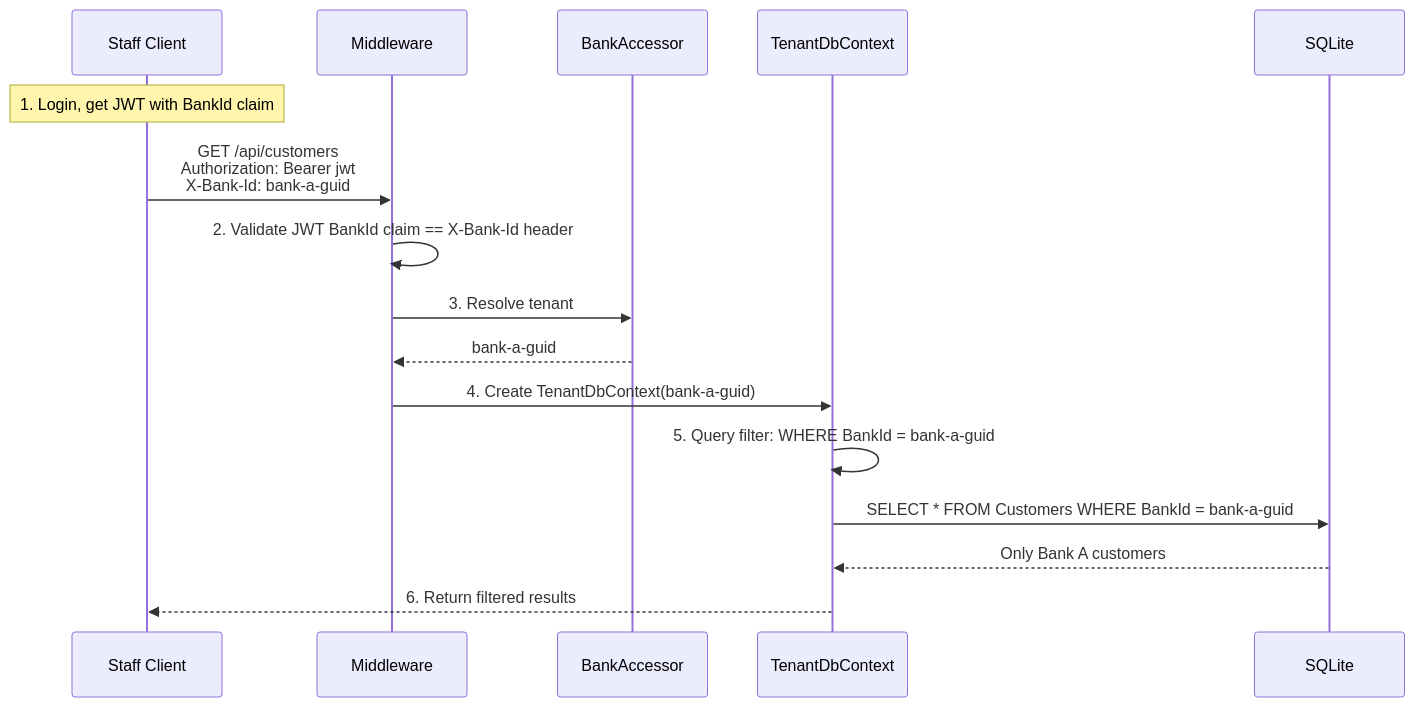
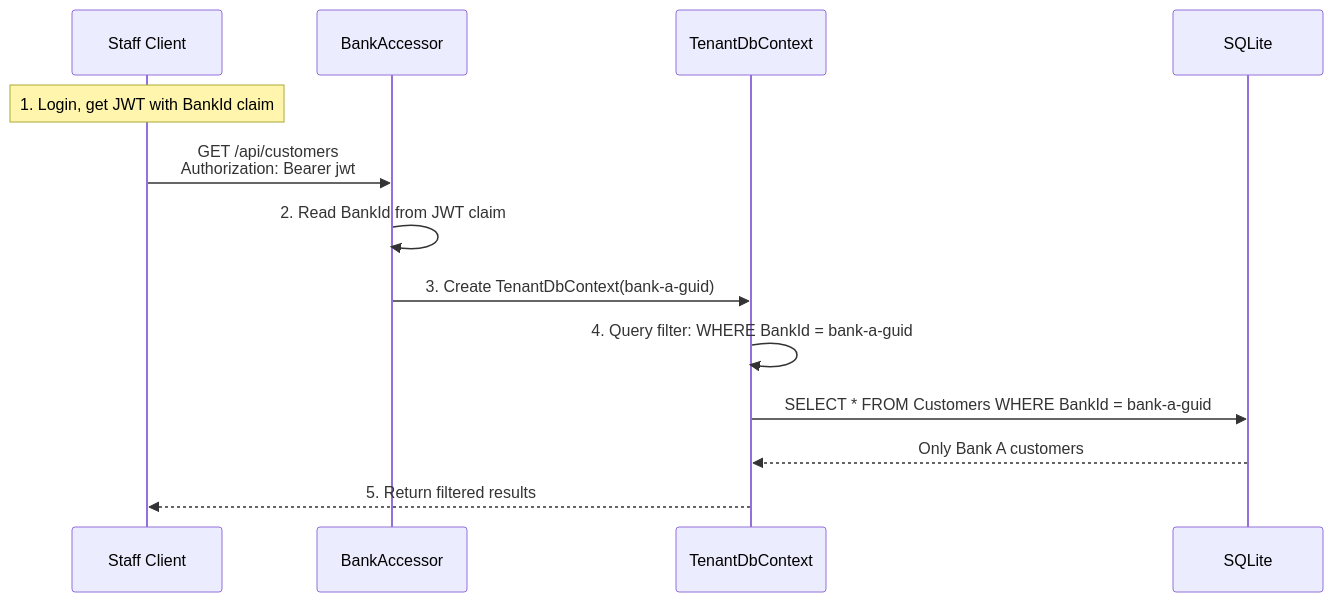
The sixth of 6 diagrams in README.md (SjoenH/efcore-multitenant-dual-dbcontext-demo), drawn with Mermaid before and after one commit. The commit also changed other lines of this file and 2 other files, not shown here.

First line of the commit message:
refactor: resolve bank from JWT claim, remove X-Bank-Id header

````diff
--- a/README.md
+++ b/README.md
@@ -250,19 +194,16 @@
 ```mermaid
 sequenceDiagram
     participant C as Staff Client
-    participant M as Middleware
     participant A as BankAccessor
     participant T as TenantDbContext
     participant D as SQLite
 
     Note over C: 1. Login, get JWT with BankId claim
-    C->>M: GET /api/customers<br/>Authorization: Bearer jwt<br/>X-Bank-Id: bank-a-guid
-    M->>M: 2. Validate JWT BankId claim == X-Bank-Id header
-    M->>A: 3. Resolve tenant
-    A-->>M: bank-a-guid
-    M->>T: 4. Create TenantDbContext(bank-a-guid)
-    T->>T: 5. Query filter: WHERE BankId = bank-a-guid
+    C->>A: GET /api/customers<br/>Authorization: Bearer jwt
+    A->>A: 2. Read BankId from JWT claim
+    A->>T: 3. Create TenantDbContext(bank-a-guid)
+    T->>T: 4. Query filter: WHERE BankId = bank-a-guid
     T->>D: SELECT * FROM Customers WHERE BankId = bank-a-guid
     D-->>T: Only Bank A customers
-    T-->>C: 6. Return filtered results
+    T-->>C: 5. Return filtered results
 ```
````
